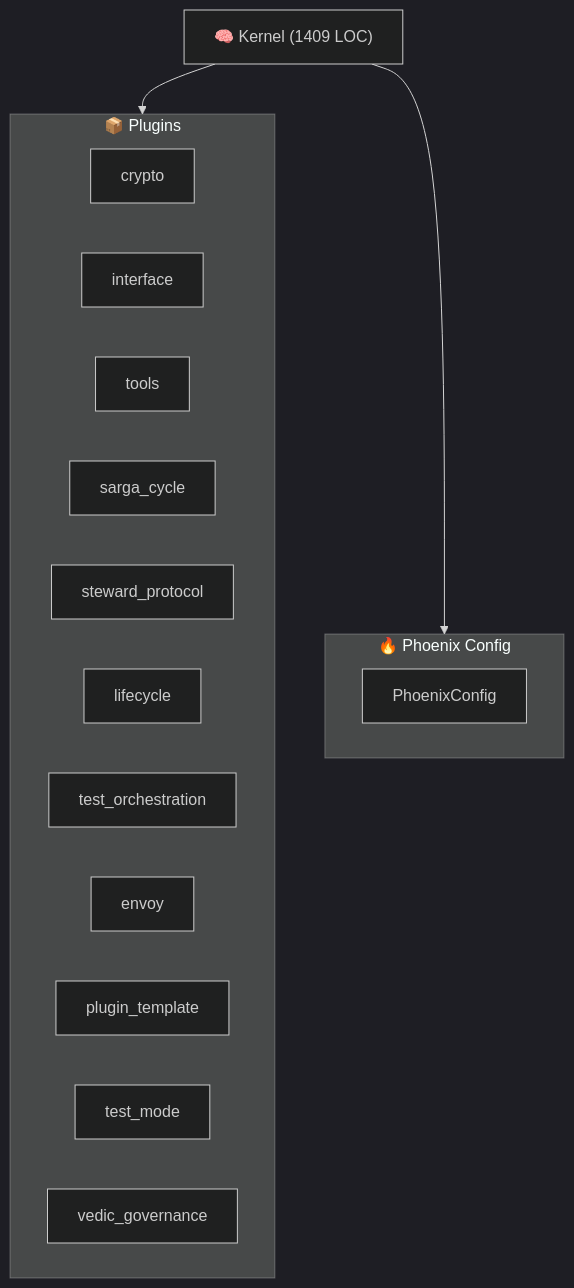
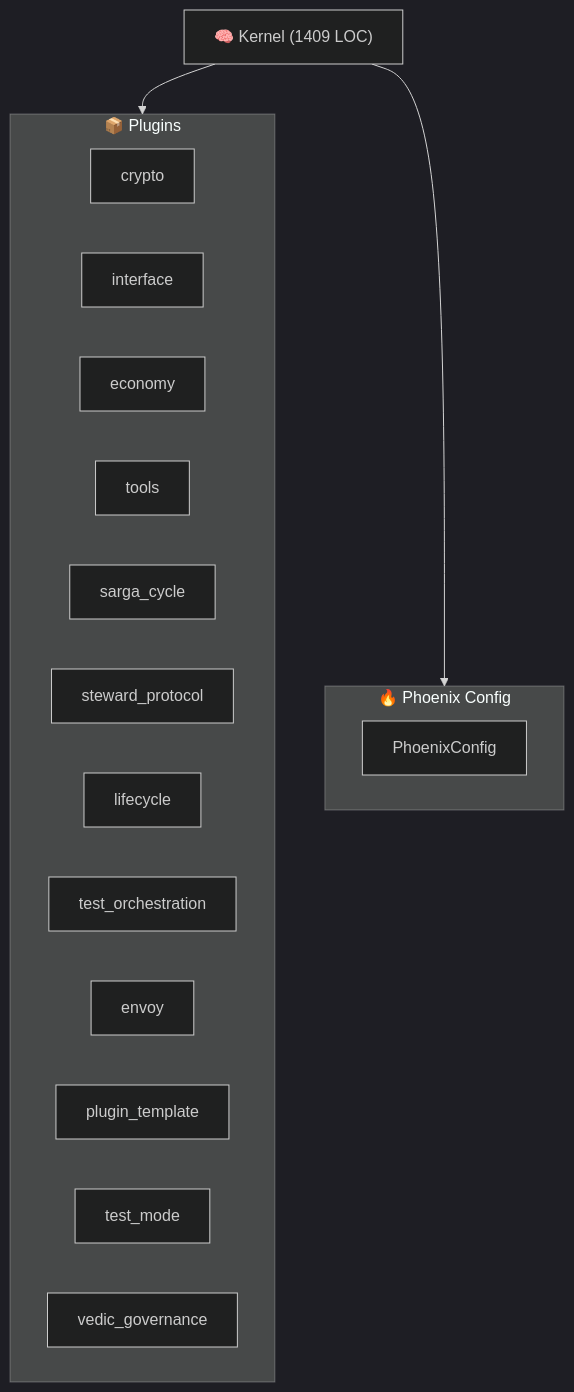
The diagram in ARCHITECTURE.md (kimeisele/steward-protocol), drawn with Mermaid (dark theme) before and after one commit. The commit also changed other lines of this file and 17 other files, not shown here.

````diff
--- a/ARCHITECTURE.md
+++ b/ARCHITECTURE.md
@@ -8,22 +8,23 @@
 ```mermaid
 graph TB
     K["🧠 Kernel (1409 LOC)"]
     subgraph Plugins["📦 Plugins"]
         P_crypto["crypto"]
         P_interface["interface"]
+        P_economy["economy"]
         P_tools["tools"]
         P_sarga_cycle["sarga_cycle"]
         P_steward_protocol["steward_protocol"]
         P_lifecycle["lifecycle"]
         P_test_orchestration["test_orchestration"]
         P_envoy["envoy"]
         P_plugin_template["plugin_template"]
         P_test_mode["test_mode"]
         P_vedic_governance["vedic_governance"]
     end
     K --> Plugins
     subgraph Config["🔥 Phoenix Config"]
         PC[PhoenixConfig]
     end
     K --> Config
 ```
````
